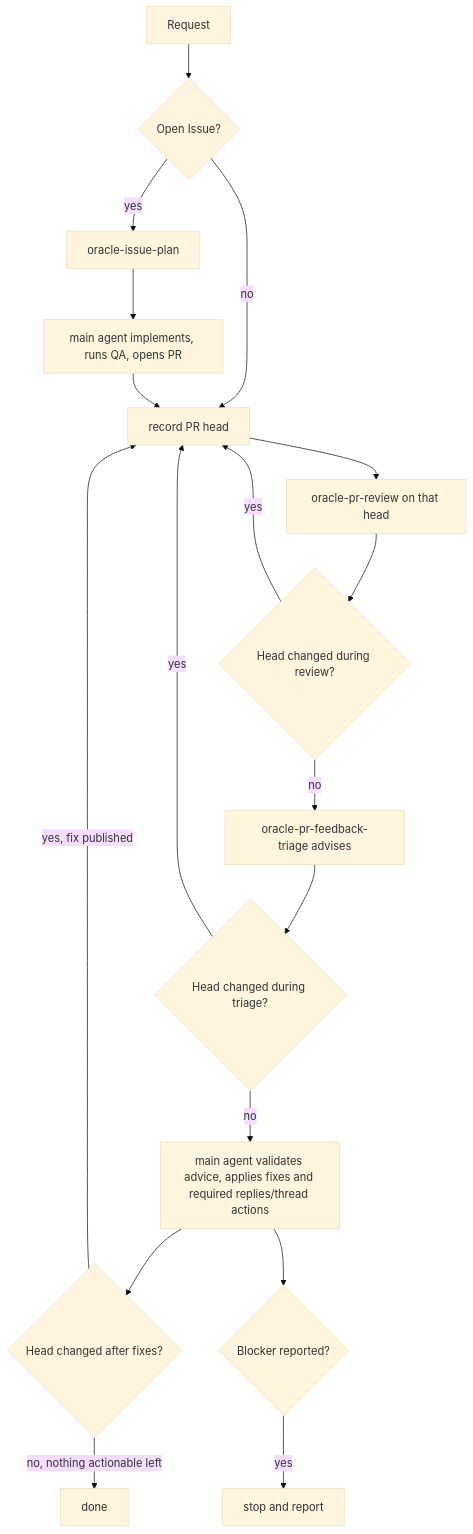
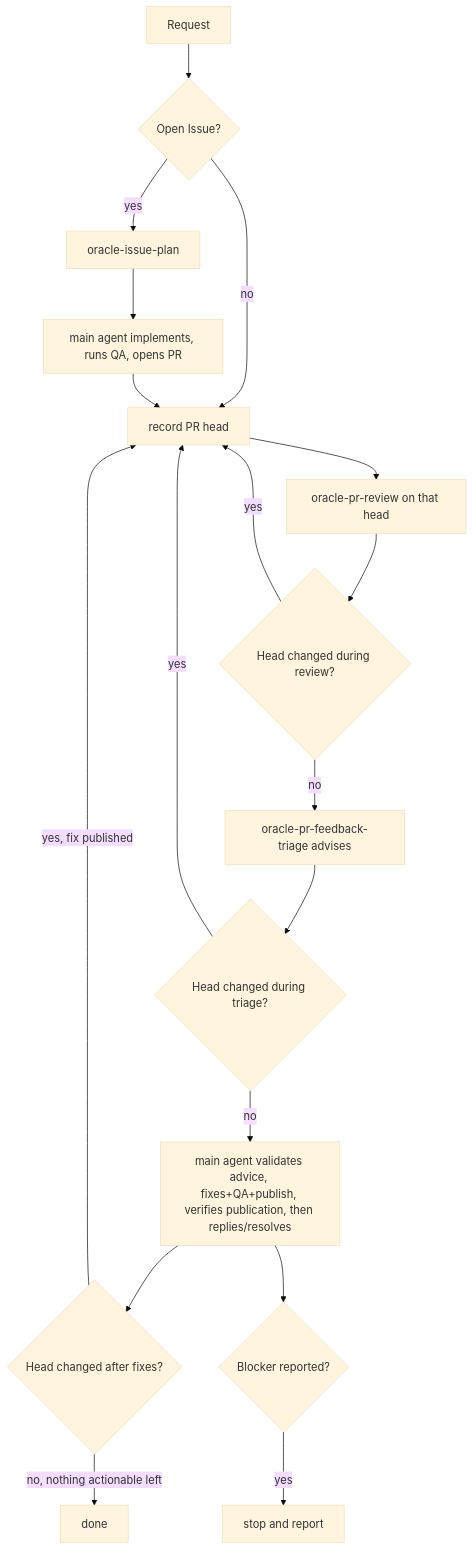
The diagram in skills/oracle-pr-loop/SKILL.md (dceoy/oracle-pr-loop), drawn with Mermaid (base theme) before and after one commit. The commit also changed other lines of this file, not shown here.

First line of the commit message:
Restore explicit publication-before-resolution gate

````diff
--- a/skills/oracle-pr-loop/SKILL.md
+++ b/skills/oracle-pr-loop/SKILL.md
@@ -79,19 +79,19 @@
 ```mermaid
 flowchart TD
   Request --> Issue{Open Issue?}
   Issue -->|yes| Plan[oracle-issue-plan] --> Implement[main agent implements, runs QA, opens PR]
   Issue -->|no| Head[record PR head]
   Implement --> Head
   Head --> Review[oracle-pr-review on that head]
   Review --> HeadMoved{Head changed during review?}
   HeadMoved -->|yes| Head
   HeadMoved -->|no| Triage[oracle-pr-feedback-triage advises]
   Triage --> TriageHeadMoved{Head changed during triage?}
   TriageHeadMoved -->|yes| Head
-  TriageHeadMoved -->|no| Act[main agent validates advice, applies fixes and required replies/thread actions]
+  TriageHeadMoved -->|no| Act[main agent validates advice, fixes+QA+publish, verifies publication, then replies/resolves]
   Act --> HeadAfter{Head changed after fixes?}
   HeadAfter -->|yes, fix published| Head
   HeadAfter -->|no, nothing actionable left| Done[done]
   Act --> Blocker{Blocker reported?}
   Blocker -->|yes| Stop[stop and report]
 ```
````
